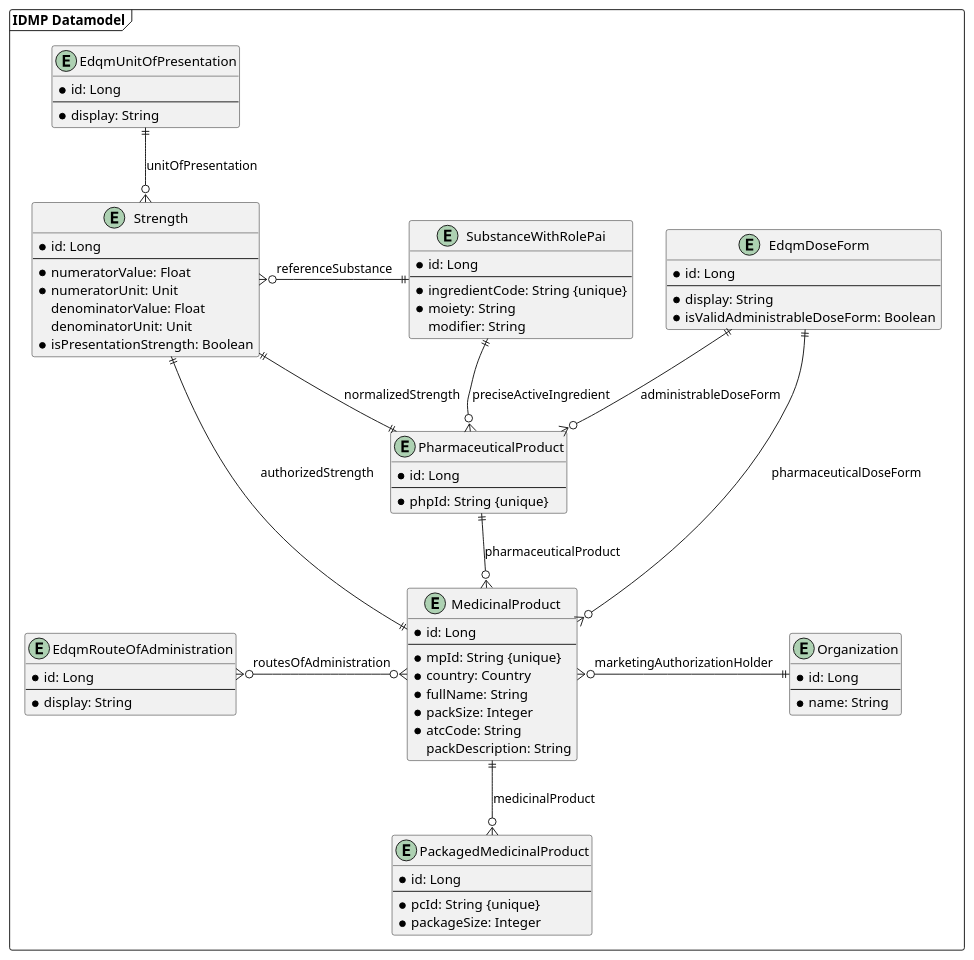
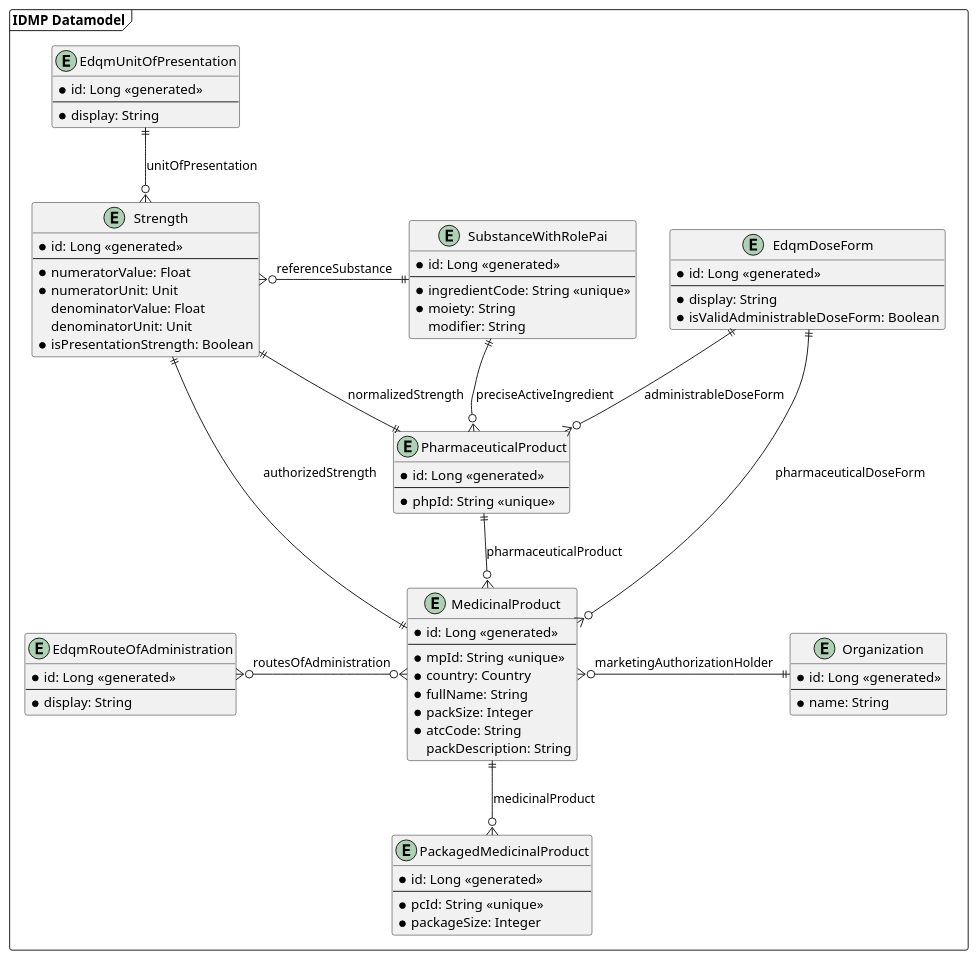
The diagram in uml/class/datamodel.puml (unicom-project-eu/wp6-db-api), drawn with PlantUML before and after one commit.

Commit message:
Use angular brackets

```diff
--- a/uml/class/datamodel.puml
+++ b/uml/class/datamodel.puml
@@ -1,90 +1,90 @@
 @startuml
 'https://plantuml.com/class-diagram
 
 package "IDMP Datamodel" as idmpDatamodel <<frame>> {
     entity EdqmRouteOfAdministration {
-        * id: Long
+        * id: Long <<generated>>
         --
         * display: String
     }
 
     entity EdqmUnitOfPresentation {
-        * id: Long
+        * id: Long <<generated>>
         --
         * display: String
     }
 
     together {
         entity EdqmDoseForm {
-            * id: Long
+            * id: Long <<generated>>
             --
             * display: String
             * isValidAdministrableDoseForm: Boolean
         }
 
         entity Strength {
-            * id: Long
+            * id: Long <<generated>>
             --
             * numeratorValue: Float
             * numeratorUnit: Unit
             denominatorValue: Float
             denominatorUnit: Unit
             * isPresentationStrength: Boolean
         }
 
         entity SubstanceWithRolePai {
-            * id: Long
+            * id: Long <<generated>>
             --
-            * ingredientCode: String {unique}
+            * ingredientCode: String <<unique>>
             * moiety: String
             modifier: String
         }
     }
 
     entity PharmaceuticalProduct {
-        * id: Long
+        * id: Long <<generated>>
         --
-        * phpId: String {unique}
+        * phpId: String <<unique>>
     }
 
     entity MedicinalProduct {
-        * id: Long
+        * id: Long <<generated>>
         --
-        * mpId: String {unique}
+        * mpId: String <<unique>>
         * country: Country
         * fullName: String
         * packSize: Integer
         * atcCode: String
         packDescription: String
     }
 
     entity PackagedMedicinalProduct {
-        * id: Long
+        * id: Long <<generated>>
         --
-        * pcId: String {unique}
+        * pcId: String <<unique>>
         * packageSize: Integer
     }
 
     entity Organization {
-        * id: Long
+        * id: Long <<generated>>
         --
         * name: String
     }
 
     SubstanceWithRolePai ||------o{ PharmaceuticalProduct : preciseActiveIngredient
     EdqmDoseForm ||--o{ PharmaceuticalProduct : administrableDoseForm
     Strength ||--|| PharmaceuticalProduct : normalizedStrength
 
     PharmaceuticalProduct ||--o{ MedicinalProduct : pharmaceuticalProduct
 
     MedicinalProduct ||--o{ PackagedMedicinalProduct : medicinalProduct
     MedicinalProduct }o--|| EdqmDoseForm : pharmaceuticalDoseForm
     MedicinalProduct ||--|| Strength : authorizedStrength
     EdqmRouteOfAdministration }o-o{ MedicinalProduct : routesOfAdministration
     EdqmUnitOfPresentation ||--o{ Strength: unitOfPresentation
 
     MedicinalProduct }o-|| Organization : marketingAuthorizationHolder
 
     Strength }o-|| SubstanceWithRolePai : referenceSubstance
 }
 @enduml
```
